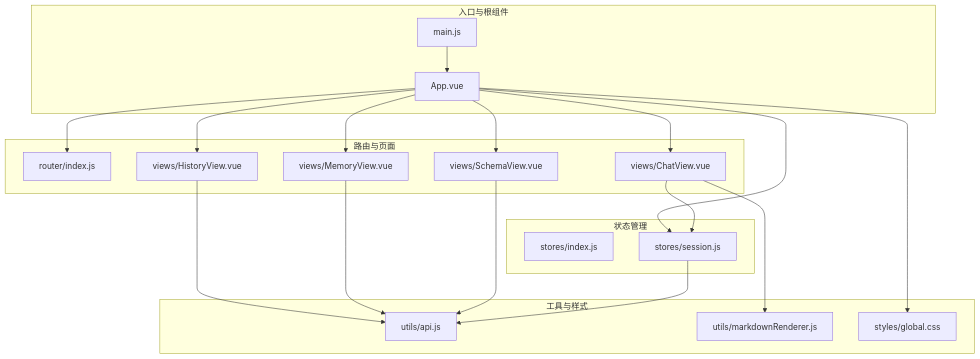
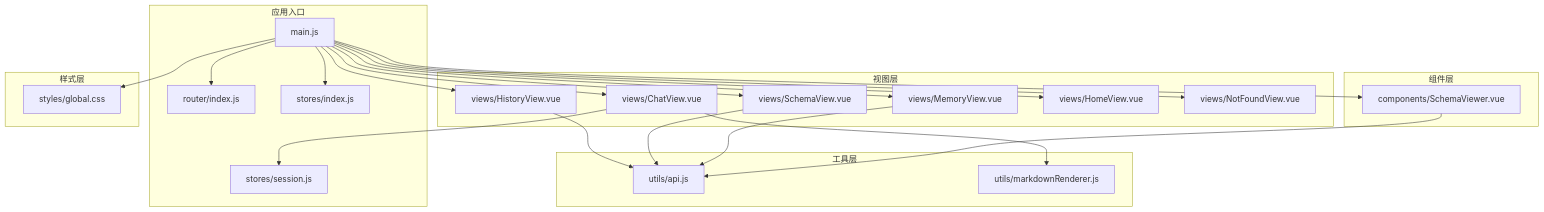
Before and after one commit to HanHuiOnLine/724-office: the first of 6 diagrams in NL2SQL/.qoder/repowiki/zh/content/前端应用/前端应用.md, drawn with Mermaid. The commit also changed other lines of this file and 200 other files, not shown here.

````diff
--- a/NL2SQL/.qoder/repowiki/zh/content/前端应用/前端应用.md
+++ b/NL2SQL/.qoder/repowiki/zh/content/前端应用/前端应用.md
@@ -48,37 +51,43 @@
 ```mermaid
 graph TB
-subgraph "入口与根组件"
+subgraph "应用入口"
 M["main.js"]
-A["App.vue"]
+R["router/index.js"]
+S0["stores/index.js"]
+S1["stores/session.js"]
 end
-subgraph "路由与页面"
-R["router/index.js"]
-CV["views/ChatView.vue"]
-HV["views/HistoryView.vue"]
-MV["views/MemoryView.vue"]
-SV["views/SchemaView.vue"]
+subgraph "视图层"
+V1["views/ChatView.vue"]
+V2["views/HistoryView.vue"]
+V3["views/SchemaView.vue"]
+V4["views/MemoryView.vue"]
+V5["views/HomeView.vue"]
+V6["views/NotFoundView.vue"]
 end
-subgraph "状态管理"
-PI["stores/index.js"]
-SS["stores/session.js"]
+subgraph "组件层"
+C1["components/SchemaViewer.vue"]
 end
-subgraph "工具与样式"
-API["utils/api.js"]
-MR["utils/markdownRenderer.js"]
-GC["styles/global.css"]
+subgraph "工具层"
+U1["utils/api.js"]
+U2["utils/markdownRenderer.js"]
 end
-M --> A
-A --> R
-A --> CV
-A --> HV
-A --> MV
-A --> SV
-A --> SS
-CV --> SS
-HV --> API
-MV --> API
-SV --> API
-SS --> API
-CV --> MR
-A --> GC
+subgraph "样式层"
+ST["styles/global.css"]
+end
+M --> R
+M --> S0
+M --> ST
+M --> V5
+M --> V1
+M --> V2
+M --> V3
+M --> V4
+M --> V6
+M --> C1
+V1 --> S1
+V2 --> U1
+V3 --> U1
+V4 --> U1
+V1 --> U2
+C1 --> U1
 ```
````
